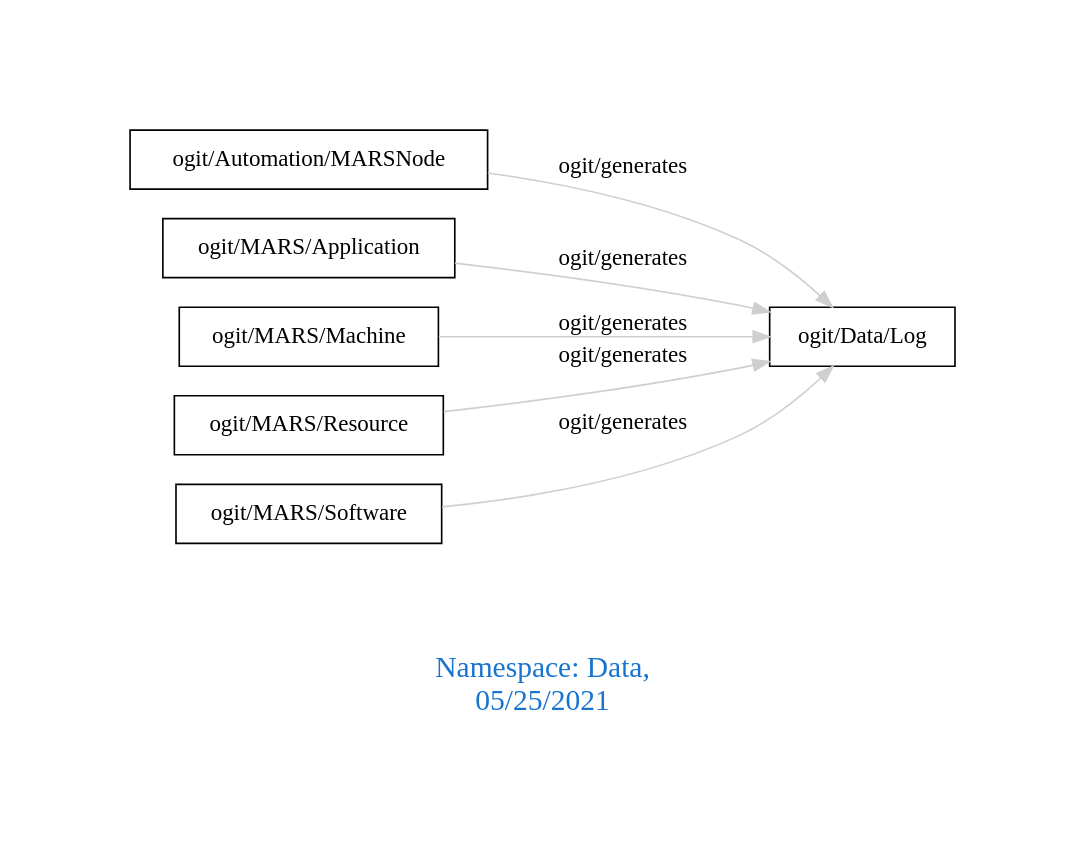
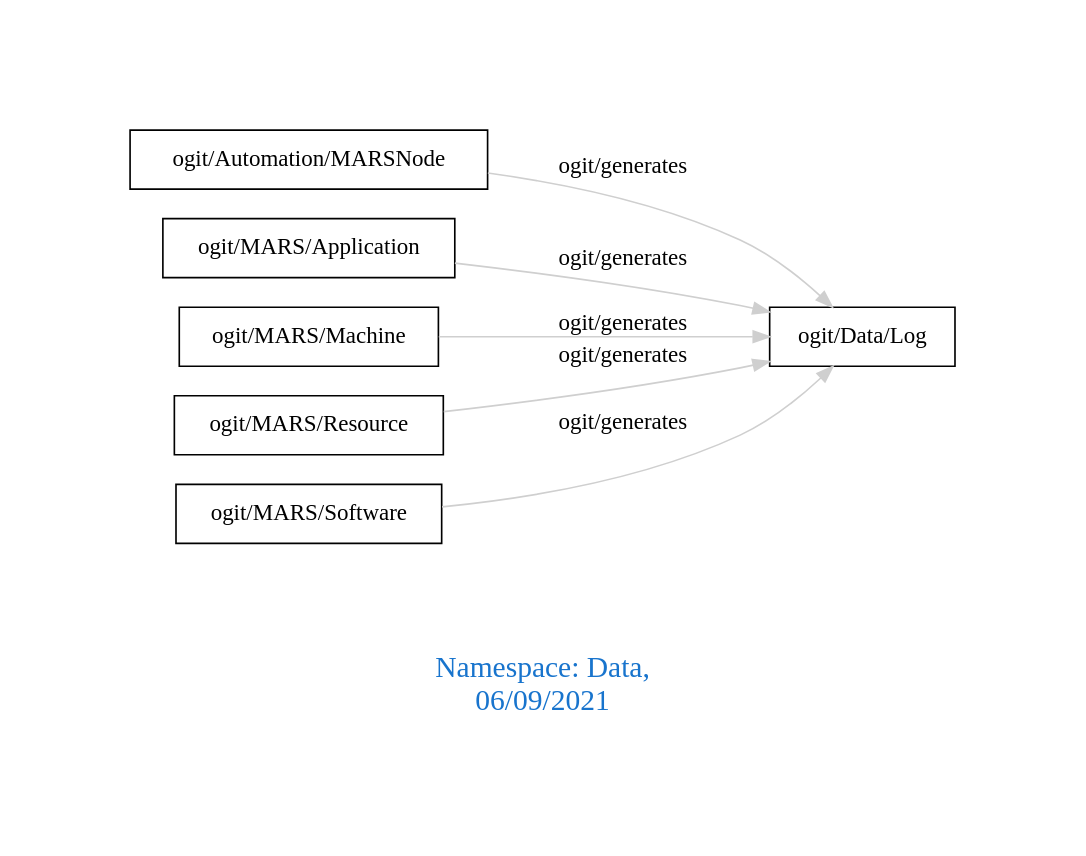
The diagram in downloads/Data.dot (arago/OGIT), drawn with Graphviz before and after one commit. The commit also changed 1909 other files, not shown here.

```diff
--- a/downloads/Data.dot
+++ b/downloads/Data.dot
@@ -1,13 +1,13 @@
 digraph OGIT_ontology {
  graph [ rankdir= LR,pad=1 
 fontsize = 18,
-fontcolor= dodgerblue3,label = "\n\n\nNamespace: Data, \n 05/25/2021"];
+fontcolor= dodgerblue3,label = "\n\n\nNamespace: Data, \n 06/09/2021"];
 node[shape=polygon];
 edge [  color="gray81"];
 
    "ogit/Automation/MARSNode" -> "ogit/Data/Log" [label="   ogit/generates    "];
    "ogit/MARS/Application" -> "ogit/Data/Log" [label="   ogit/generates    "];
    "ogit/MARS/Machine" -> "ogit/Data/Log" [label="   ogit/generates    "];
    "ogit/MARS/Resource" -> "ogit/Data/Log" [label="   ogit/generates    "];
    "ogit/MARS/Software" -> "ogit/Data/Log" [label="   ogit/generates    "];
 }
```
